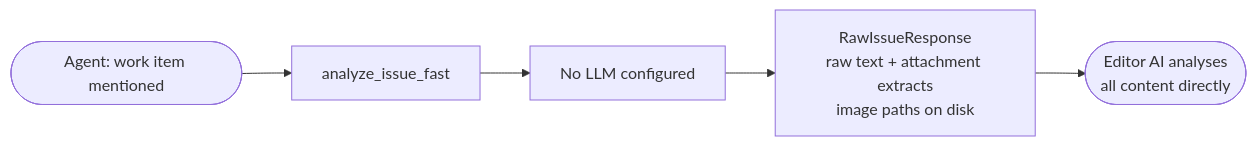
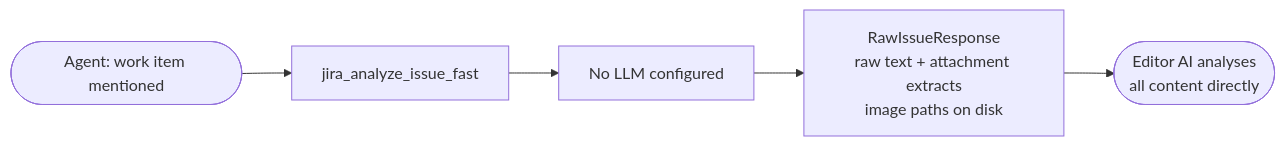
The fourth of 11 diagrams in readme.md (althaf-space/icx-engine), drawn with Mermaid before and after one commit. The commit also changed other lines of this file and 55 other files, not shown here.

````diff
--- a/readme.md
+++ b/readme.md
@@ -115,7 +115,7 @@
 ```mermaid
 flowchart LR
-    A([Agent: work item mentioned]) --> B[analyze_issue_fast]
+    A([Agent: work item mentioned]) --> B[jira_analyze_issue_fast]
     B --> C[No LLM configured]
     C --> D[RawIssueResponse\nraw text + attachment extracts\nimage paths on disk]
     D --> E([Editor AI analyses\nall content directly])
 ```
````
